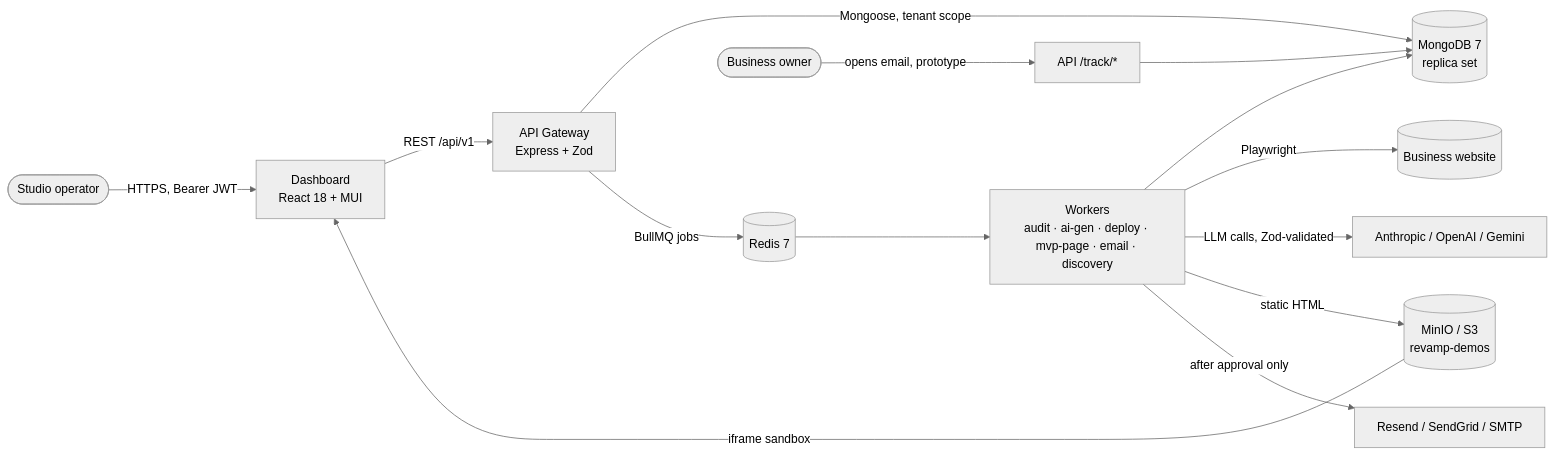
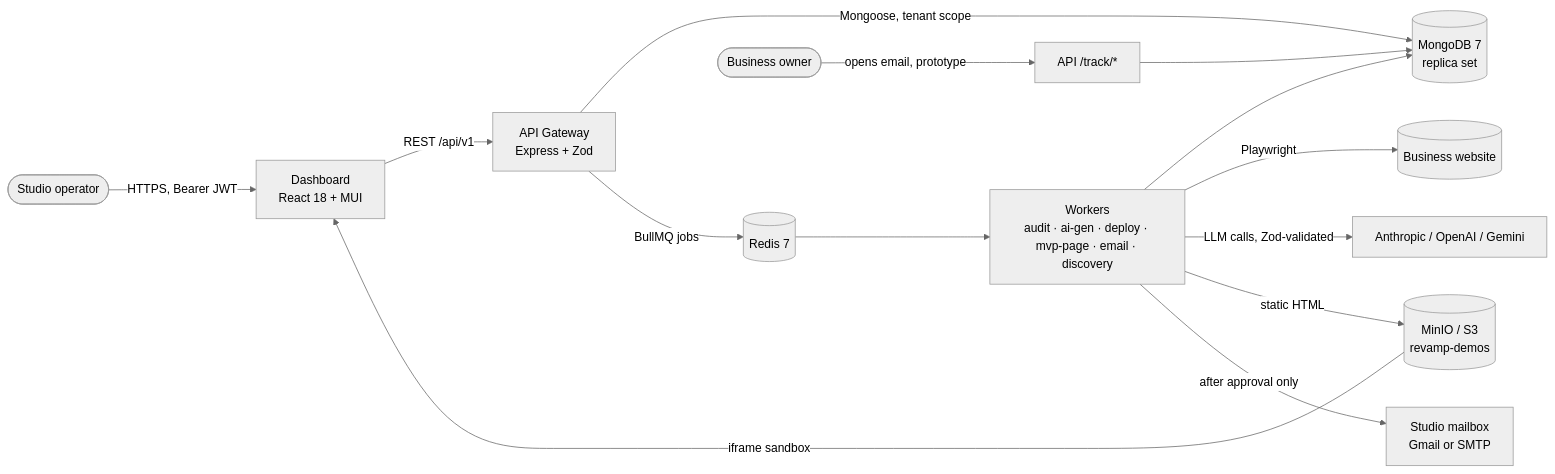
Before and after one commit to yurykurouski/revamp-docs: the first of 4 diagrams in api-docs/guides/concepts.md, drawn with Mermaid (neutral theme). The commit also changed other lines of this file and 7 other files, not shown here.

Commit message:
docs(REV-222): per-studio mailbox sending (US18) as the design; platform-wide email provider marked interim until REV-221

````diff
--- a/api-docs/guides/concepts.md
+++ b/api-docs/guides/concepts.md
@@ -7,16 +7,16 @@
 ```mermaid
 flowchart LR
   Operator([Studio operator]) -->|HTTPS, Bearer JWT| Dashboard[Dashboard<br/>React 18 + MUI]
   Dashboard -->|REST /api/v1| API[API Gateway<br/>Express + Zod]
   API -->|Mongoose, tenant scope| Mongo[(MongoDB 7<br/>replica set)]
   API -->|BullMQ jobs| Redis[(Redis 7)]
   Redis --> Workers[Workers<br/>audit · ai-gen · deploy · mvp-page · email · discovery]
   Workers --> Mongo
   Workers -->|Playwright| Site[(Business website)]
   Workers -->|LLM calls, Zod-validated| LLM[Anthropic / OpenAI / Gemini]
   Workers -->|static HTML| S3[(MinIO / S3<br/>revamp-demos)]
-  Workers -->|after approval only| Mail[Resend / SendGrid / SMTP]
+  Workers -->|after approval only| Mail[Studio mailbox<br/>Gmail or SMTP]
   Owner([Business owner]) -->|opens email, prototype| Track[API /track/*]
   Track --> Mongo
   S3 -->|iframe sandbox| Dashboard
 ```
````
